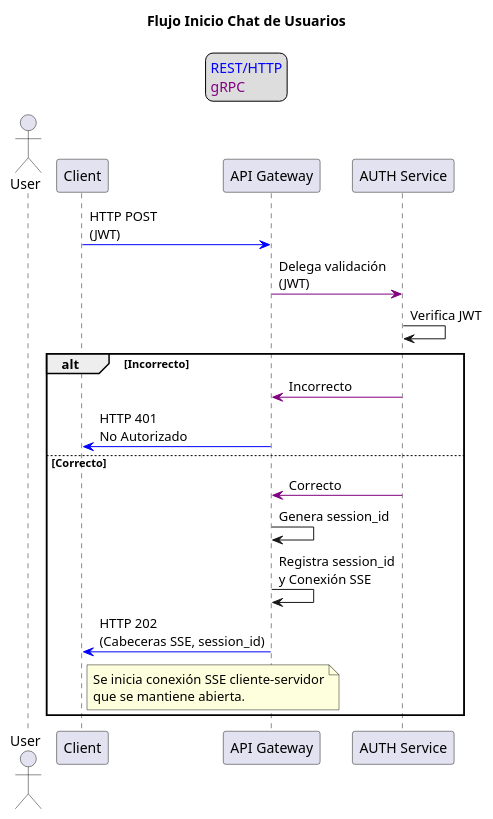
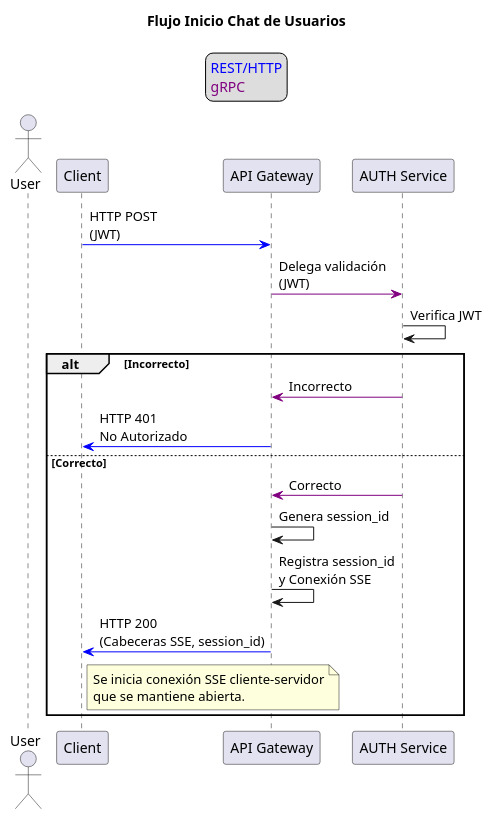
The diagram in assets/diagrams/chat_creation_flow.puml (P4blo003/ikaros), drawn with PlantUML before and after one commit. The commit also changed 3 other files, not shown here.

Commit message:
docs(diagram): Añadir diagrama de flujo para login de usuario y modificar diagrama de flujo para creación de chats de usuario.

```diff
--- a/assets/diagrams/chat_creation_flow.puml
+++ b/assets/diagrams/chat_creation_flow.puml
@@ -1,37 +1,37 @@
 @startuml
 
 title "Flujo Inicio Chat de Usuarios"
 
 actor User as user
 
 participant "Client" as client
 participant "API Gateway" as gateway
 participant "AUTH Service" as auth
 
 client-[#blue]>gateway: HTTP POST\n(JWT)
 gateway-[#purple]>auth: Delega validación\n(JWT)
 auth->auth: Verifica JWT
 
 alt Incorrecto
   auth-[#purple]>gateway: Incorrecto
   gateway-[#blue]>client: HTTP 401\nNo Autorizado
 
 else Correcto
   auth-[#purple]>gateway: Correcto
   gateway->gateway: Genera session_id
   gateway->gateway: Registra session_id\ny Conexión SSE
-  gateway-[#blue]>client: HTTP 202\n(Cabeceras SSE, session_id)
+  gateway-[#blue]>client: HTTP 200\n(Cabeceras SSE, session_id)
   
   note right of client
     Se inicia conexión SSE cliente-servidor
     que se mantiene abierta.
   end note
   
 end
 
 legend top
   <color:blue>REST/HTTP</color>
   <color:purple>gRPC</color>
 end legend
 
 @end uml
```
